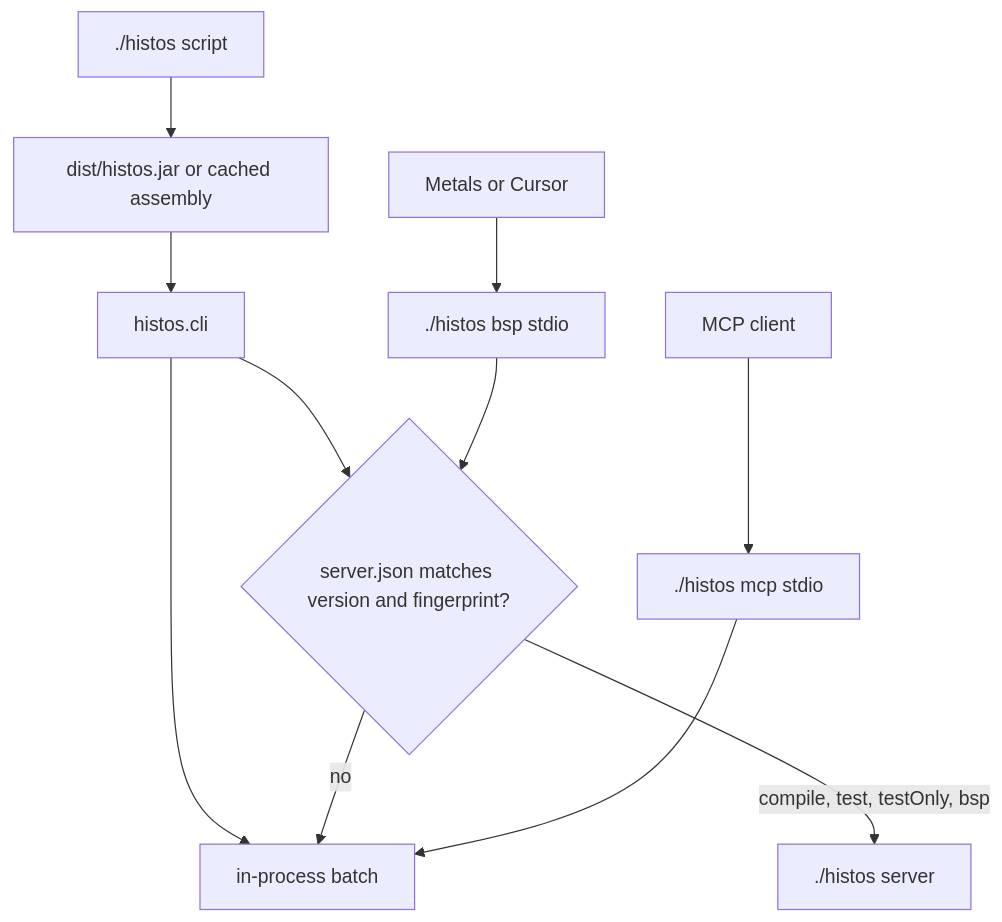
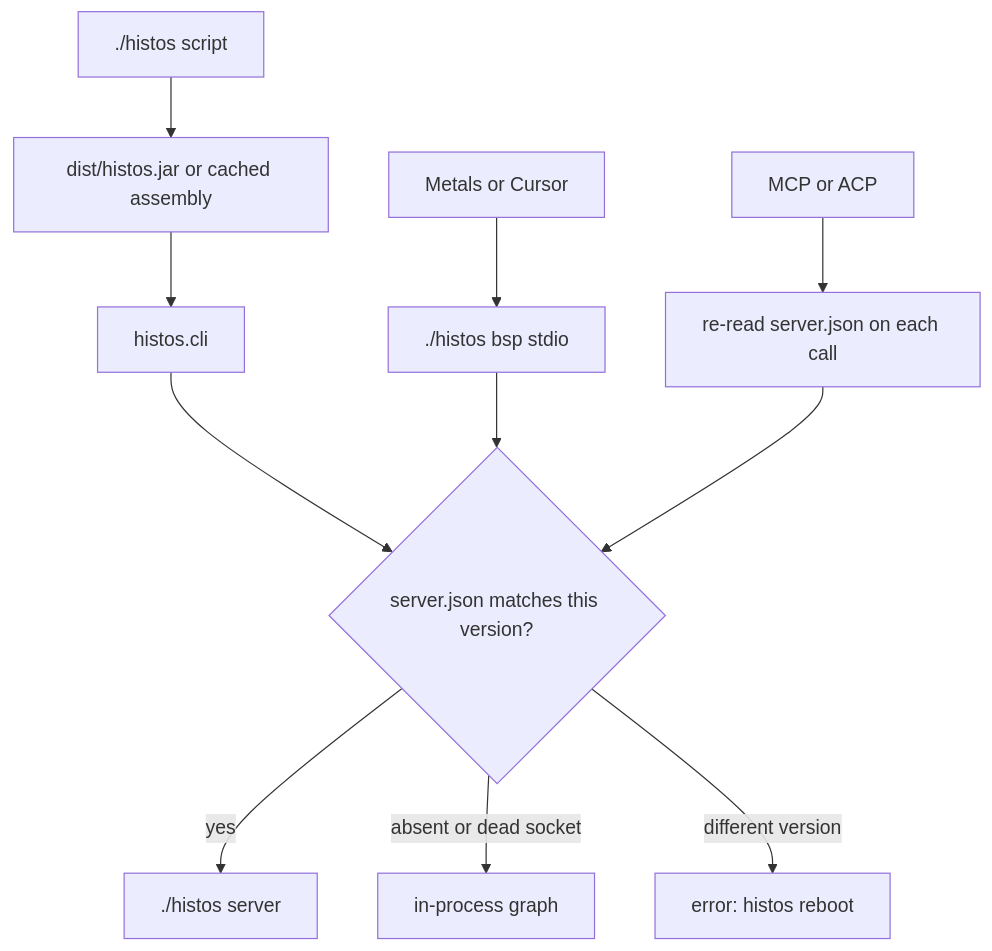
The second of 3 diagrams in docs/design.md (early-effect/histos), drawn with Mermaid before and after one commit. The commit also changed other lines of this file and 11 other files, not shown here.

First line of the commit message:
Make MCP and ACP clients of the server, and ignore run output.

````diff
--- a/docs/design.md
+++ b/docs/design.md
@@ -167,13 +167,13 @@
 ```mermaid
 flowchart TD
   script["./histos script"] --> jar["dist/histos.jar or cached assembly"]
   jar --> cli["histos.cli"]
-  cli --> batch["in-process batch"]
-  cli --> attach{"server.json matches version and fingerprint?"}
-  attach -->|compile, test, testOnly, bsp| server["./histos server"]
-  attach -->|no| batch
+  cli --> record{"server.json matches this version?"}
+  record -->|yes| server["./histos server"]
+  record -->|absent or dead socket| batch["in-process graph"]
+  record -->|different version| reboot["error: histos reboot"]
   metals["Metals or Cursor"] --> bsp["./histos bsp stdio"]
-  bsp --> attach
-  agent["MCP client"] --> mcp["./histos mcp stdio"]
-  mcp --> batch
+  bsp --> record
+  agent["MCP or ACP"] --> client["re-read server.json on each call"]
+  client --> record
 ```
````
